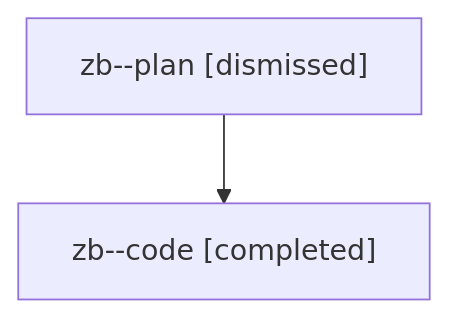
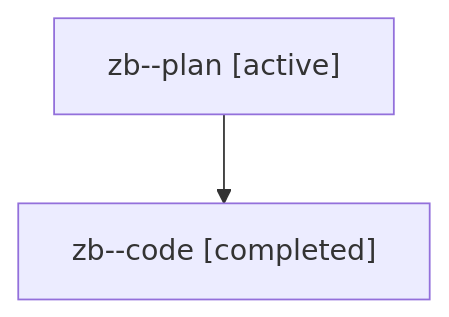
Before and after one commit to bobs-org/bob-cli--agents: the diagram in families/bbugyi200.athena.zb.md, drawn with Mermaid. The commit also changed other lines of this file and 1279 other files, not shown here.

````diff
--- a/families/bbugyi200.athena.zb.md
+++ b/families/bbugyi200.athena.zb.md
@@ -9,6 +9,6 @@
 ```mermaid
 flowchart TD
-  n0["zb--plan [dismissed]"]
+  n0["zb--plan [active]"]
   n1["zb--code [completed]"]
   n0 --> n1
 ```
````
